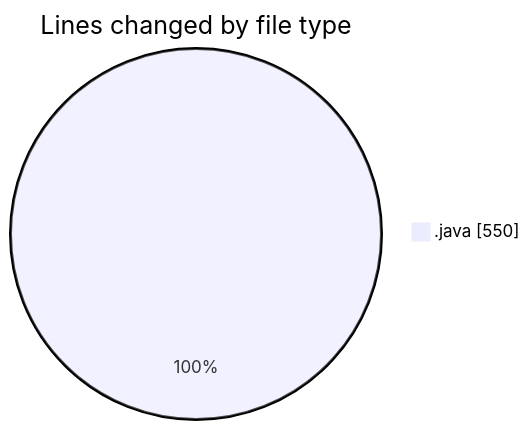
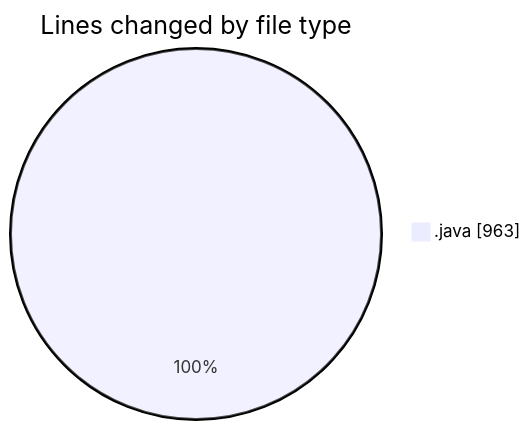
One commit to ricardozamudiocil/code-tracking changed the first of 2 diagrams in 2026-03-11/cilreports__workspace_/README.md. Above: the diagram before and after it, drawn with Mermaid. The commit also changed other lines of this file and 1 other file, not shown here.

````diff
--- a/2026-03-11/cilreports__workspace_/README.md
+++ b/2026-03-11/cilreports__workspace_/README.md
@@ -25,5 +25,5 @@
 ```mermaid
 pie showData
 title Lines changed by file type
-".java" : 550
+".java" : 963
 ```
````
